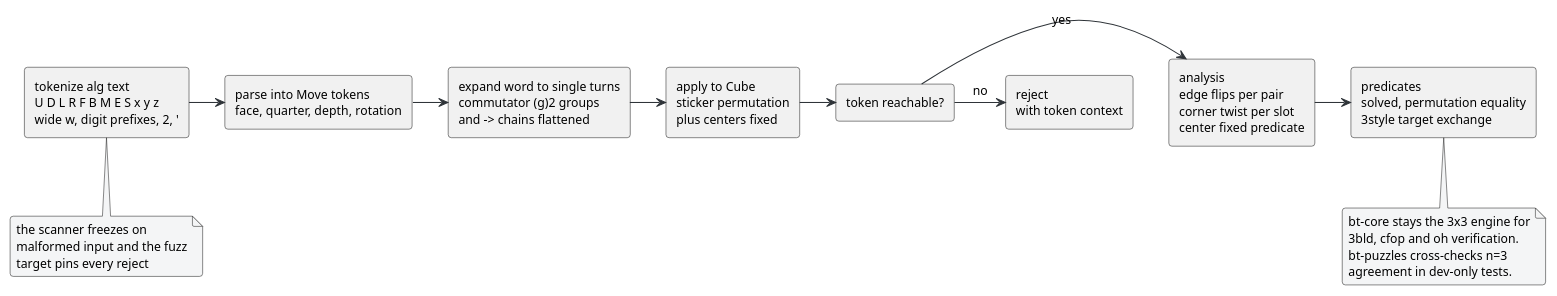
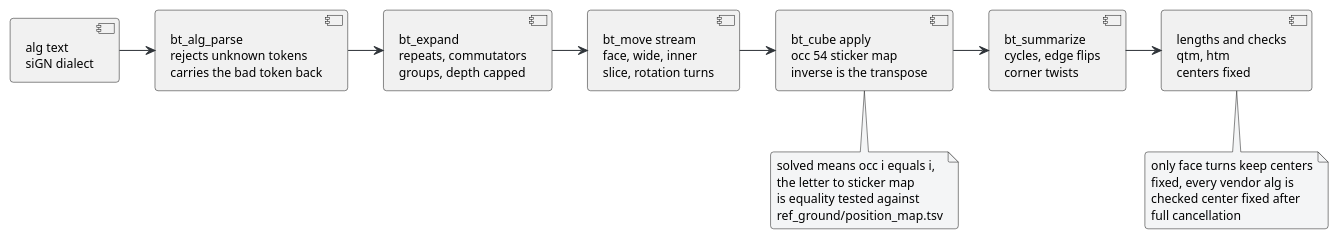
One commit to lavantien/blind-trainer changed the diagram in docs/diagrams/02-cube-core.puml. Above: the diagram before and after it, drawn with PlantUML. The commit also changed 20 other files, not shown here.

Commit message:
docs(diagrams): current architecture sources, rendered pngs, badge states

```diff
--- a/docs/diagrams/02-cube-core.puml
+++ b/docs/diagrams/02-cube-core.puml
@@ -1,34 +1,33 @@
 @startuml 02-cube-core
 skinparam backgroundColor #FFFFFF
 skinparam defaultFontName Segoe UI
 skinparam defaultFontSize 12
 skinparam roundCorner 6
 skinparam ArrowColor #2f3439
 skinparam NoteBackgroundColor #f4f5f6
-rectangle "tokenize alg text\nU D L R F B M E S x y z\nwide w, digit prefixes, 2, '" as tokenize
-rectangle "parse into Move tokens\nface, quarter, depth, rotation" as parse
-rectangle "expand word to single turns\ncommutator (g)2 groups\nand -> chains flattened" as expand
-rectangle "apply to Cube\nsticker permutation\nplus centers fixed" as apply
-rectangle "token reachable?" as reachable
-rectangle "analysis\nedge flips per pair\ncorner twist per slot\ncenter fixed predicate" as analysis
-rectangle "predicates\nsolved, permutation equality\n3style target exchange" as predicates
-rectangle "reject\nwith token context" as reject
-tokenize -> parse
+component "alg text\nsiGN dialect" as text
+component "bt_alg_parse\nrejects unknown tokens\ncarries the bad token back" as parse
+component "bt_expand\nrepeats, commutators\ngroups, depth capped" as expand
+component "bt_move stream\nface, wide, inner\nslice, rotation turns" as moves
+component "bt_cube apply\nocc 54 sticker map\ninverse is the transpose" as cube
+component "bt_summarize\ncycles, edge flips\ncorner twists" as summary
+component "lengths and checks\nqtm, htm\ncenters fixed" as checks
+text -> parse
 parse -> expand
-expand -> apply
-apply -> reachable
-reachable -> analysis : yes
-reachable -> reject : no
-analysis -> predicates
-note bottom of tokenize
-  the scanner freezes on
-  malformed input and the fuzz
-  target pins every reject
+expand -> moves
+moves -> cube
+cube -> summary
+summary -> checks
+note bottom of cube
+  solved means occ i equals i,
+  the letter to sticker map
+  is equality tested against
+  ref_ground/position_map.tsv
 end note
-note bottom of predicates
-  bt-core stays the 3x3 engine for
-  3bld, cfop and oh verification.
-  bt-puzzles cross-checks n=3
-  agreement in dev-only tests.
+note bottom of checks
+  only face turns keep centers
+  fixed, every vendor alg is
+  checked center fixed after
+  full cancellation
 end note
 @enduml
```
